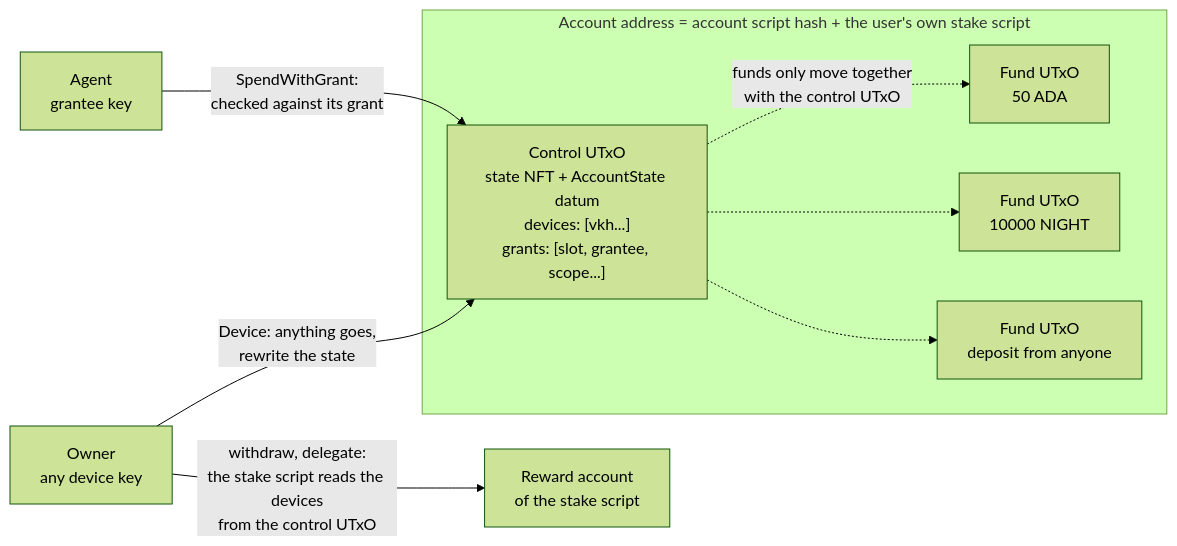
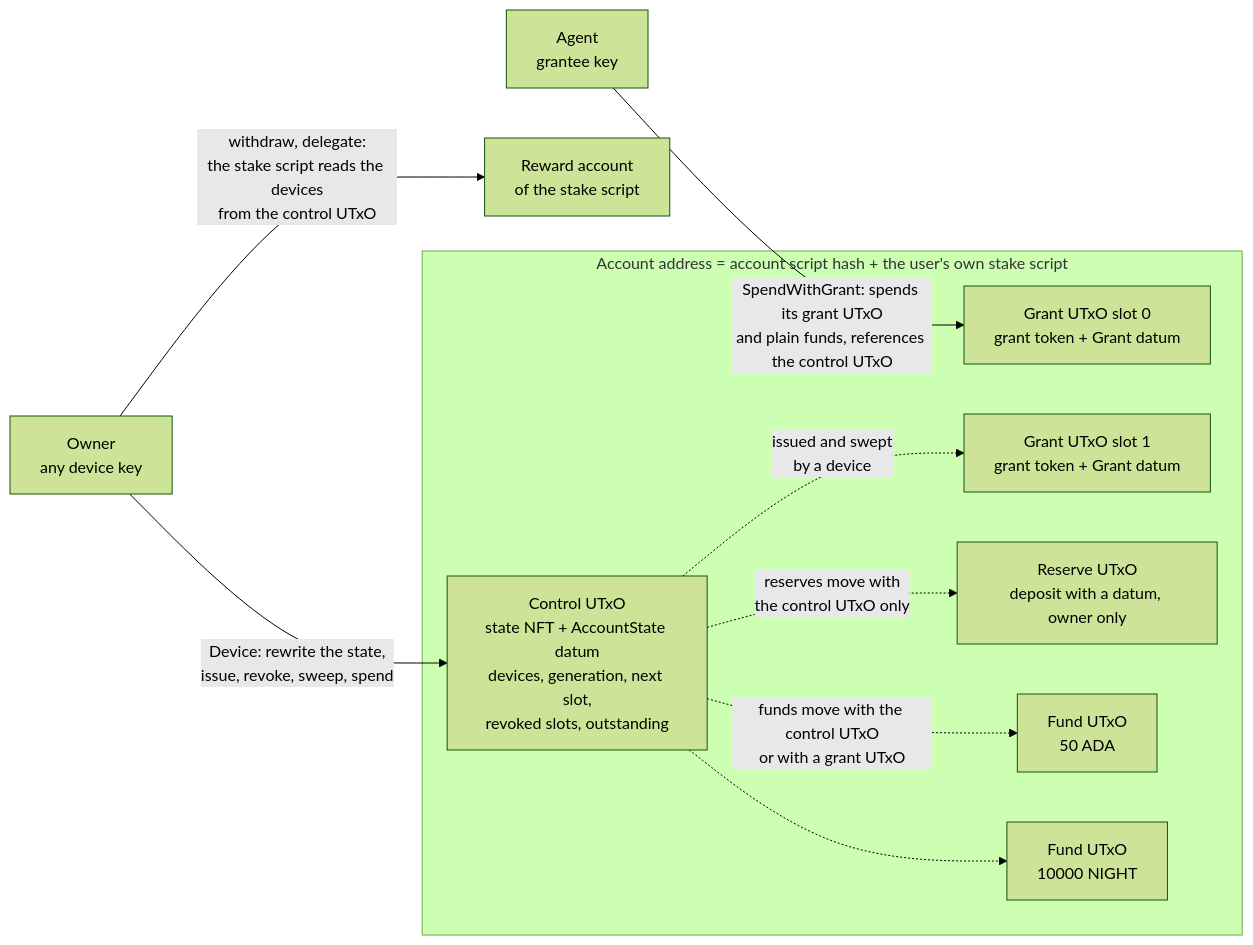
Before and after one commit to Biglup/cardano-account-custody-contract: the first of 5 diagrams in README.md, drawn with Mermaid (forest theme). The commit also changed other lines of this file and 1 other file, not shown here.

First line of the commit message:
docs: describe the per grant model, the creation guarantees and the squat

````diff
--- a/README.md
+++ b/README.md
@@ -36,16 +40,19 @@
 ```mermaid
 flowchart LR
     subgraph addr["Account address = account script hash + the user's own stake script"]
-        control["Control UTxO<br/>state NFT + AccountState datum<br/>devices: [vkh...]<br/>grants: [slot, grantee, scope...]"]
+        control["Control UTxO<br/>state NFT + AccountState datum<br/>devices, generation, next slot,<br/>revoked slots, outstanding"]
+        g1["Grant UTxO slot 0<br/>grant token + Grant datum"]
+        g2["Grant UTxO slot 1<br/>grant token + Grant datum"]
+        r1["Reserve UTxO<br/>deposit with a datum, owner only"]
         f1["Fund UTxO<br/>50 ADA"]
         f2["Fund UTxO<br/>10000 NIGHT"]
-        f3["Fund UTxO<br/>deposit from anyone"]
     end
     rewards["Reward account<br/>of the stake script"]
-    owner["Owner<br/>any device key"] -- "Device: anything goes,<br/>rewrite the state" --> control
-    agent["Agent<br/>grantee key"] -- "SpendWithGrant:<br/>checked against its grant" --> control
+    owner["Owner<br/>any device key"] -- "Device: rewrite the state,<br/>issue, revoke, sweep, spend" --> control
+    agent["Agent<br/>grantee key"] -- "SpendWithGrant: spends its grant UTxO<br/>and plain funds, references the control UTxO" --> g1
     owner -- "withdraw, delegate:<br/>the stake script reads the devices<br/>from the control UTxO" --> rewards
-    control -. "funds only move together<br/>with the control UTxO" .-> f1
+    control -. "funds move with the control UTxO<br/>or with a grant UTxO" .-> f1
     control -.-> f2
-    control -.-> f3
+    control -. "reserves move with<br/>the control UTxO only" .-> r1
+    control -. "issued and swept<br/>by a device" .-> g2
 ```
````
